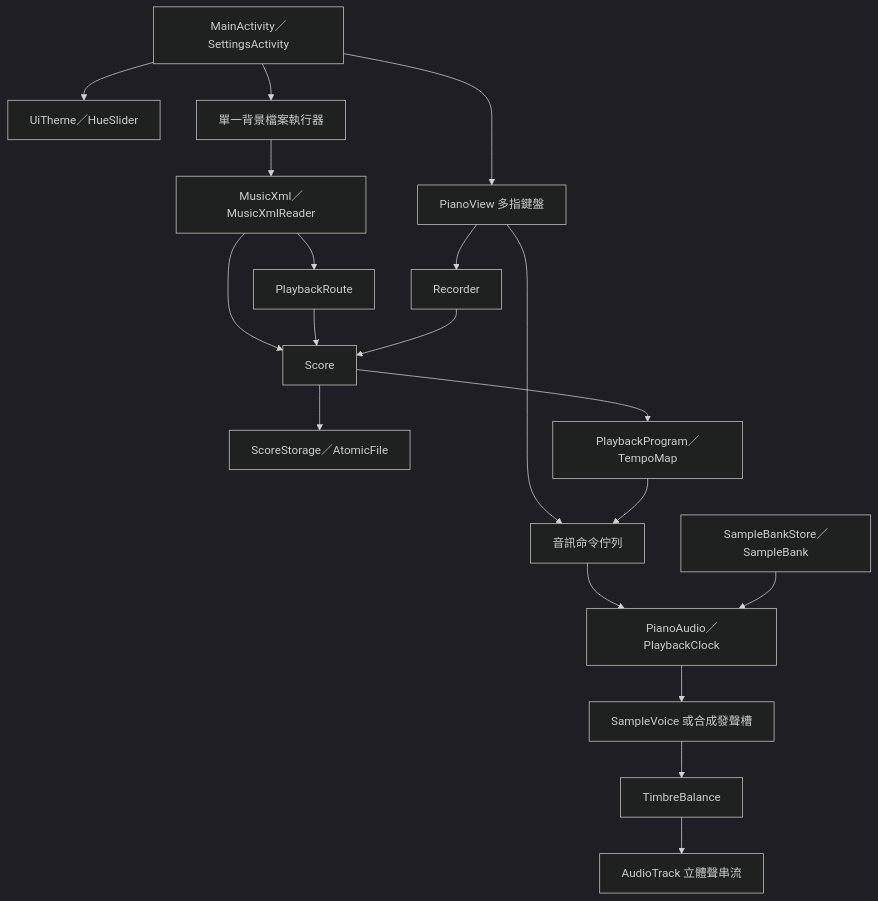
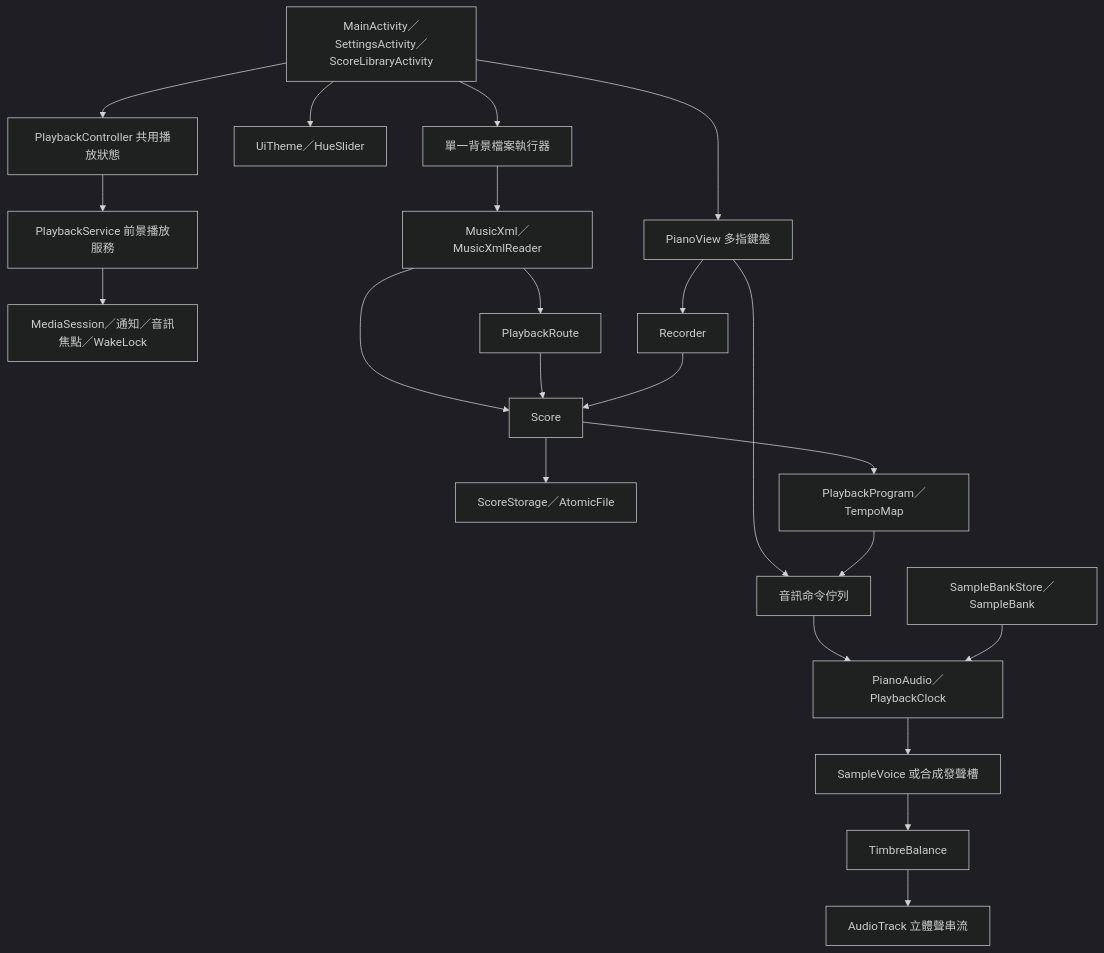
One commit to mark216tw/android-minipiano-01 changed the first of 2 diagrams in docs/ARCHITECTURE.md. Above: the diagram before and after it, drawn with Mermaid (dark theme). The commit also changed other lines of this file and 21 other files, not shown here.

````diff
--- a/docs/ARCHITECTURE.md
+++ b/docs/ARCHITECTURE.md
@@ -5,21 +5,24 @@
 ```mermaid
 flowchart TB
-    UI[MainActivity／SettingsActivity] --> PV[PianoView 多指鍵盤]
+    UI[MainActivity／SettingsActivity／ScoreLibraryActivity] --> PV[PianoView 多指鍵盤]
+    UI --> PC[PlaybackController 共用播放狀態]
+    PC --> SERVICE[PlaybackService 前景播放服務]
+    SERVICE --> MEDIA[MediaSession／通知／音訊焦點／WakeLock]
     UI --> TH[UiTheme／HueSlider]
     PV --> REC[Recorder]
     PV --> Q[音訊命令佇列]
     UI --> FILE[單一背景檔案執行器]
     FILE --> XML[MusicXml／MusicXmlReader]
     XML --> ROUTE[PlaybackRoute]
     XML --> SCORE[Score]
     ROUTE --> SCORE
     REC --> SCORE
     SCORE --> STORE[ScoreStorage／AtomicFile]
     SCORE --> PROG[PlaybackProgram／TempoMap]
     PROG --> Q
     Q --> AUDIO[PianoAudio／PlaybackClock]
     BANK[SampleBankStore／SampleBank] --> AUDIO
     AUDIO --> VOICE[SampleVoice 或合成發聲槽]
     VOICE --> BAL[TimbreBalance]
     BAL --> TRACK[AudioTrack 立體聲串流]
 ```
````
